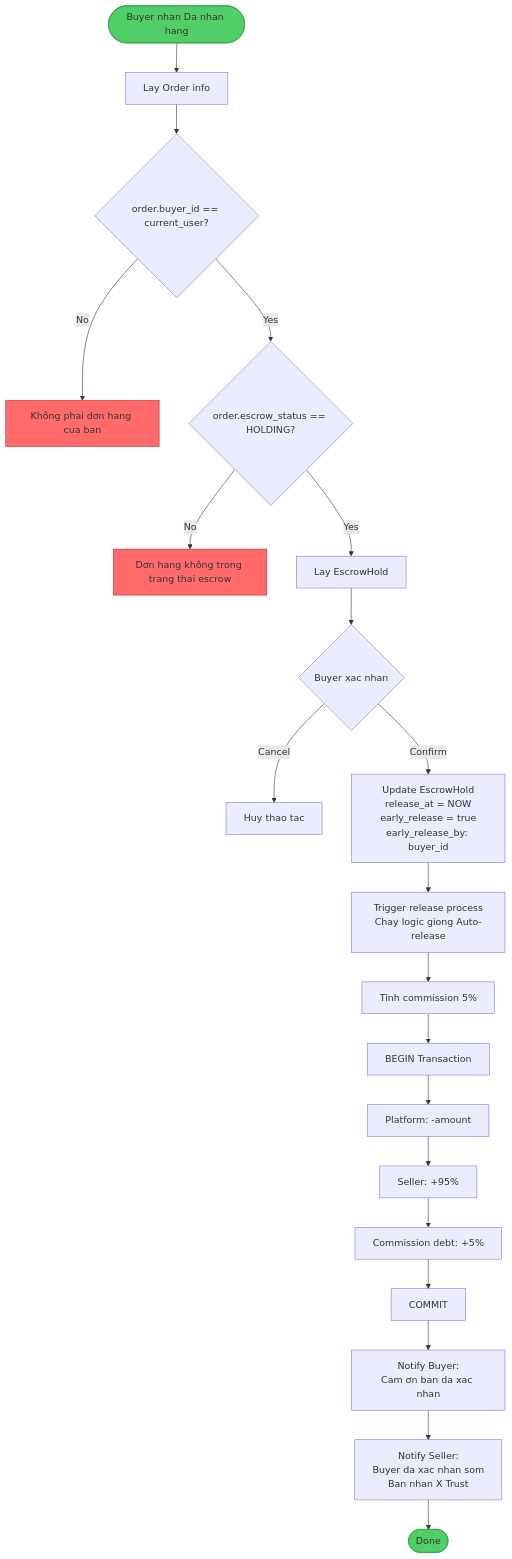
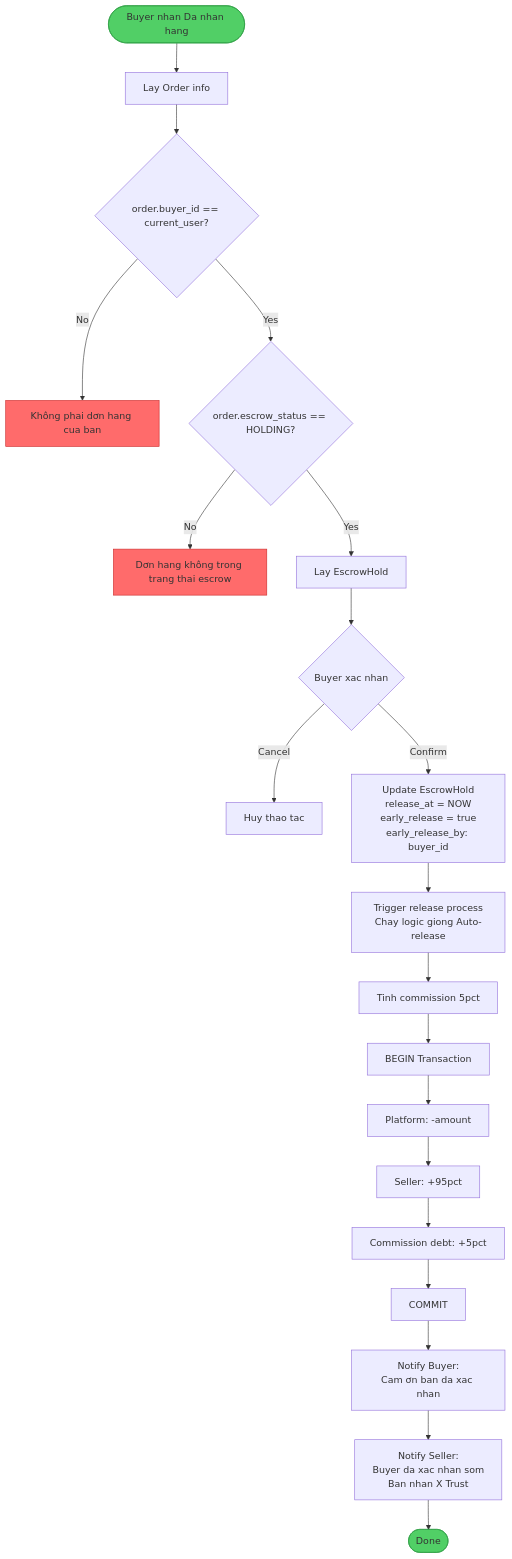
One commit to anhnguyen123312/ShopMMO changed the seventh of 20 diagrams in mmo-api/docs/v2/05-wallet-v2-platform-wallet-flows.md. Above: the diagram before and after it, drawn with Mermaid. The commit also changed other lines of this file and 1 other file, not shown here.

First line of the commit message:
fix: replace percent sign with 'pct' in mermaid labels

````diff
--- a/mmo-api/docs/v2/05-wallet-v2-platform-wallet-flows.md
+++ b/mmo-api/docs/v2/05-wallet-v2-platform-wallet-flows.md
@@ -531,36 +531,36 @@
 ```mermaid
 flowchart TD
     Start([Buyer nhan Da nhan hang])
 
     %% Validation
     Start --> GetOrder[Lay Order info]
     GetOrder --> CheckBuyer{order.buyer_id == current_user?}
     CheckBuyer -->|No| Error1[ Không phai dơn hang cua ban]
     CheckBuyer -->|Yes| CheckStatus{order.escrow_status == HOLDING?}
     CheckStatus -->|No| Error2[ Dơn hang không trong trang thai escrow]
     CheckStatus -->|Yes| GetEscrow[Lay EscrowHold]
 
     GetEscrow --> Confirm{Buyer xac nhan}
     Confirm -->|Cancel| CancelOp[Huy thao tac]
     Confirm -->|Confirm| UpdateEscrowTime[Update EscrowHold<br/>release_at = NOW<br/>early_release = true<br/>early_release_by: buyer_id]
 
     %% Trigger Release
     UpdateEscrowTime --> TriggerRelease[Trigger release process<br/>Chay logic giong Auto-release]
-    TriggerRelease --> CalcCommission[Tinh commission 5%]
+    TriggerRelease --> CalcCommission[Tinh commission 5pct]
     CalcCommission --> BeginTx[ BEGIN Transaction]
 
     %% Same as auto-release
     BeginTx --> DeductPlatform[Platform: -amount]
-    DeductPlatform --> CreditSeller[Seller: +95%]
-    CreditSeller --> AccrueCommission[Commission debt: +5%]
+    DeductPlatform --> CreditSeller[Seller: +95pct]
+    CreditSeller --> AccrueCommission[Commission debt: +5pct]
     AccrueCommission --> CommitTx[ COMMIT]
 
     CommitTx --> NotifyBuyer[Notify Buyer:<br/>Cam ơn ban da xac nhan]
     NotifyBuyer --> NotifySeller[Notify Seller:<br/>Buyer da xac nhan som<br/>Ban nhan X Trust]
     NotifySeller --> End([Done])
 
     style Start fill:#51cf66,stroke:#2f9e44
     style End fill:#51cf66,stroke:#2f9e44
     style Error1 fill:#ff6b6b,stroke:#c92a2a
     style Error2 fill:#ff6b6b,stroke:#c92a2a
 ```
````
